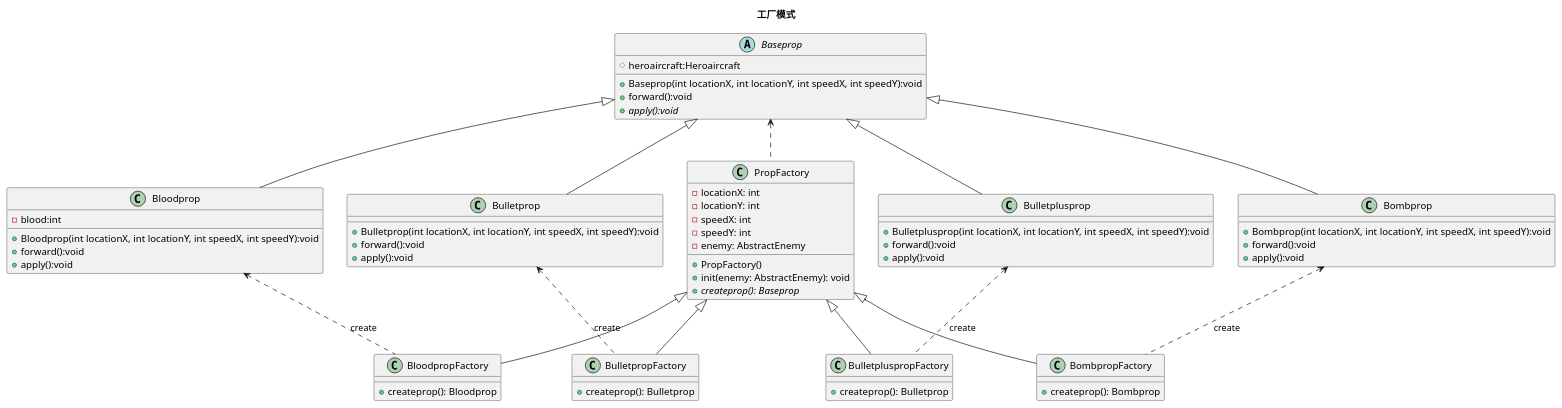
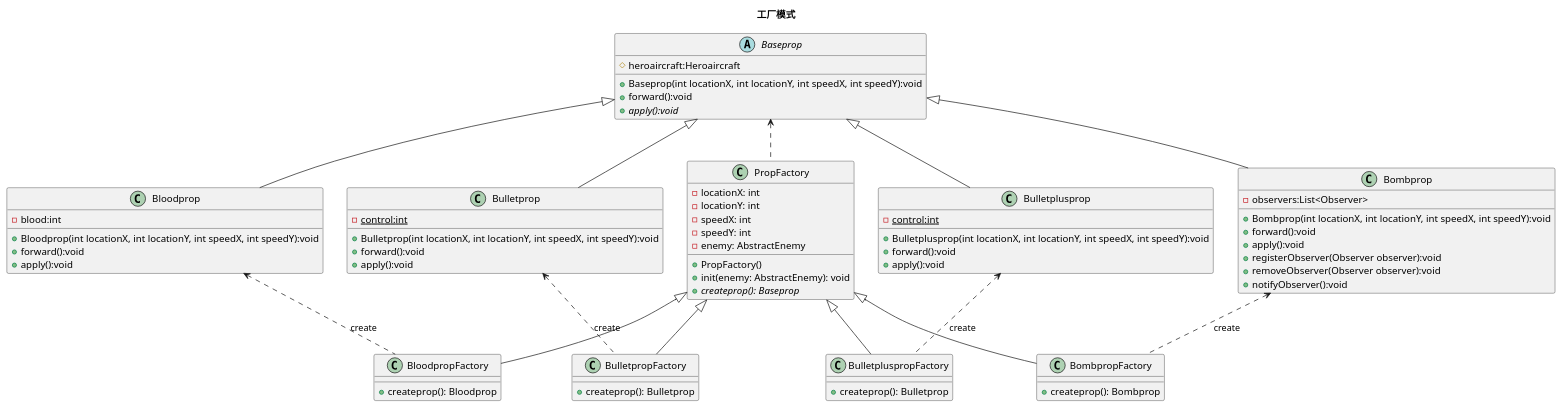
The diagram in uml/propfactory.puml (jangyicheng/Java-wargame), drawn with PlantUML before and after one commit. The commit also changed 36 other files, not shown here.

```diff
--- a/uml/propfactory.puml
+++ b/uml/propfactory.puml
@@ -1,87 +1,81 @@
 @startuml
 'https://plantuml.com/class-diagram
 title 工厂模式
-'class HeroAircraft {
-'    - shootNum:int
-'    - power:int
-'    - direction:int
-'    -{static}instance:HeroAircraft
-'    - HeroAircraft(int locationX, int locationY, int speedX, int speedY, int hp)
-'    + forward():void
-'    + shoot():List<BaseBullet>
-'    +getinstance(int locationX, int locationY, int speedX, int speedY, int hp);
-'}
 
 
 class PropFactory {
     - locationX: int
     - locationY: int
     - speedX: int
     - speedY: int
     - enemy: AbstractEnemy
-
     + PropFactory()
     + init(enemy: AbstractEnemy): void
     {abstract} + createprop(): Baseprop
 }
 class BulletpropFactory extends PropFactory{
     + createprop(): Bulletprop
 }
 class BulletpluspropFactory extends PropFactory{
     + createprop(): Bulletprop
 }
 class BloodpropFactory extends PropFactory{
     + createprop(): Bloodprop
 }
 class BombpropFactory extends PropFactory{
     + createprop(): Bombprop
 }
 abstract class Baseprop {
 #heroaircraft:Heroaircraft
 +Baseprop(int locationX, int locationY, int speedX, int speedY):void
 +forward():void
 +{abstract}apply():void
 }
 
 
 class Bloodprop extends Baseprop{
 - blood:int
 +Bloodprop(int locationX, int locationY, int speedX, int speedY):void
 +forward():void
 +apply():void
 }
 
 class  Bombprop extends Baseprop{
+-observers:List<Observer>
 + Bombprop(int locationX, int locationY, int speedX, int speedY):void
 +forward():void
 +apply():void
++registerObserver(Observer observer):void
++removeObserver(Observer observer):void
++notifyObserver():void
 }
 
-
 class  Bulletprop extends Baseprop{
+ -{static}control:int
 +  Bulletprop(int locationX, int locationY, int speedX, int speedY):void
 +forward():void
 +apply():void
 }
 
 class  Bulletplusprop extends Baseprop{
+ -{static}control:int
 +  Bulletplusprop(int locationX, int locationY, int speedX, int speedY):void
 +forward():void
 +apply():void
 }
 
 
 Baseprop <.. PropFactory
 Bloodprop <.. BloodpropFactory:create
 Bombprop <.. BombpropFactory:create
 Bulletprop <.. BulletpropFactory:create
 Bulletplusprop <.. BulletpluspropFactory:create
 
 
 
 
 
 
 
 
 @enduml
```
